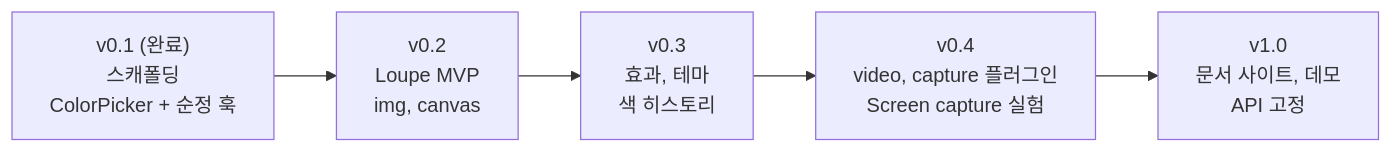
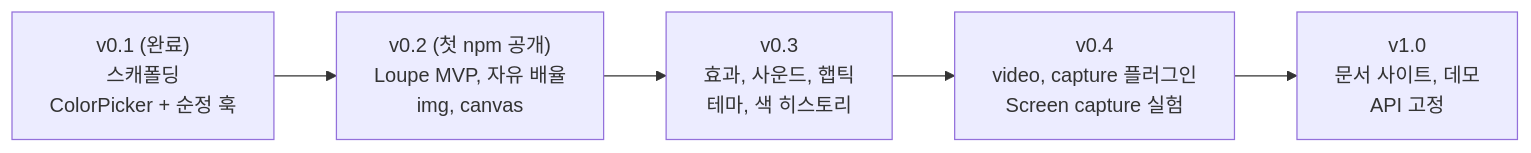
The second of 2 diagrams in docs/PLANNING.md (momoci99/react-eyedropper-picker), drawn with Mermaid before and after one commit. The commit also changed other lines of this file, not shown here.

First line of the commit message:
docs: record planning decisions, add free zoom and loupe sound

````diff
--- a/docs/PLANNING.md
+++ b/docs/PLANNING.md
@@ -275,7 +366,7 @@
 ```mermaid
 flowchart LR
-    V01["v0.1 (완료)<br/>스캐폴딩<br/>ColorPicker + 순정 훅"] --> V02["v0.2<br/>Loupe MVP<br/>img, canvas"]
-    V02 --> V03["v0.3<br/>효과, 테마<br/>색 히스토리"]
+    V01["v0.1 (완료)<br/>스캐폴딩<br/>ColorPicker + 순정 훅"] --> V02["v0.2 (첫 npm 공개)<br/>Loupe MVP, 자유 배율<br/>img, canvas"]
+    V02 --> V03["v0.3<br/>효과, 사운드, 햅틱<br/>테마, 색 히스토리"]
     V03 --> V04["v0.4<br/>video, capture 플러그인<br/>Screen capture 실험"]
     V04 --> V10["v1.0<br/>문서 사이트, 데모<br/>API 고정"]
 ```
````
